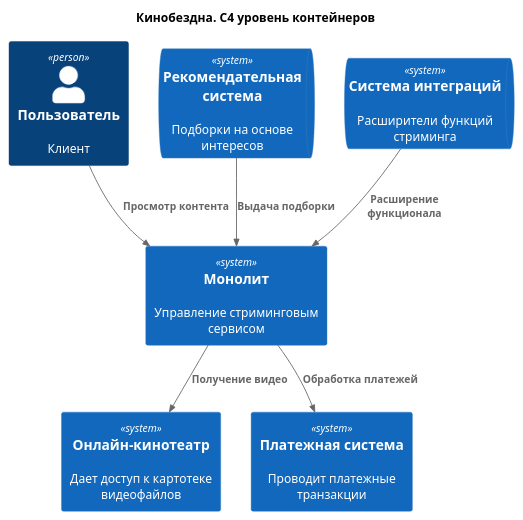
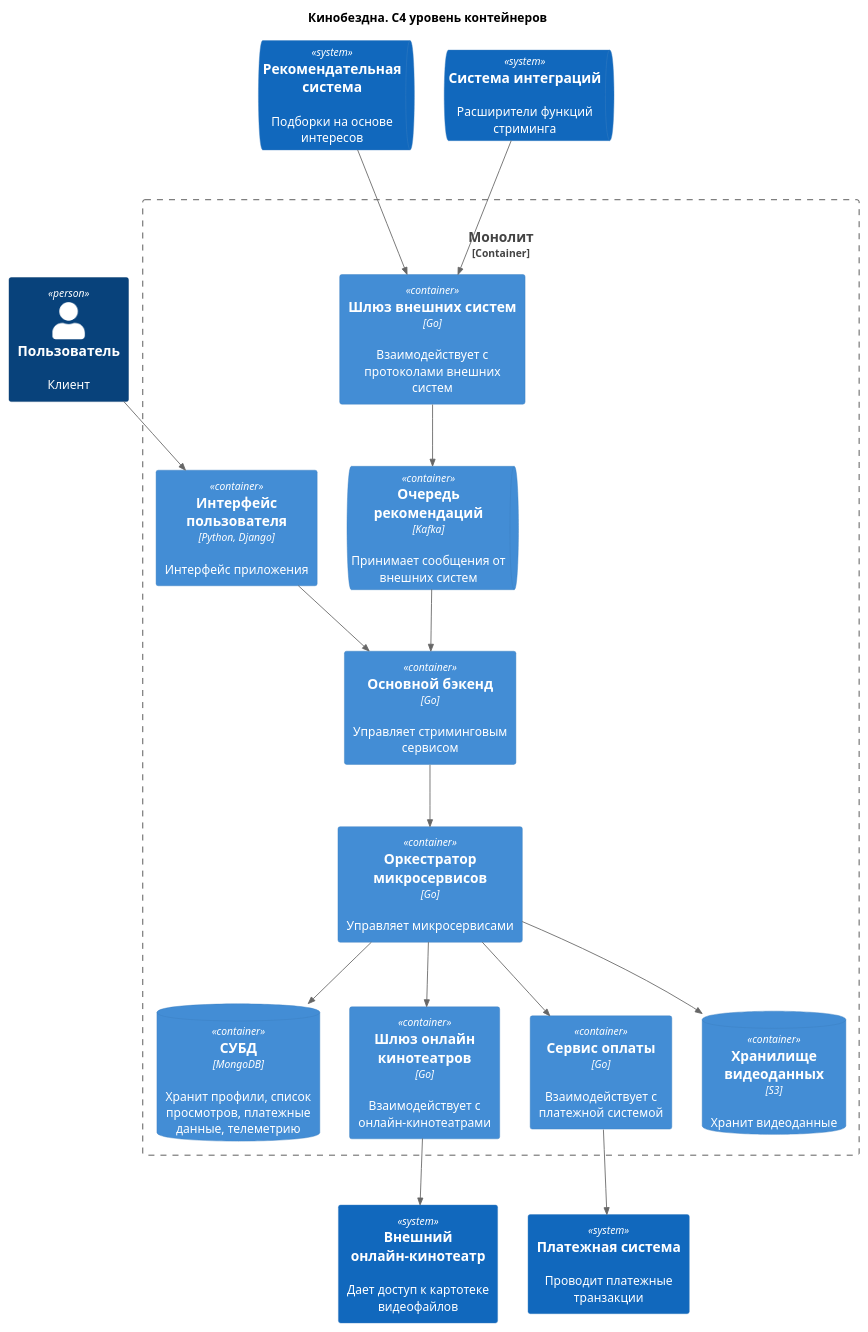
The diagram in 1_task/c4_container.puml (realjungleman/architecture-cinemaabyss), drawn with PlantUML before and after one commit. The commit also changed 4 other files, not shown here.

```diff
--- a/1_task/c4_container.puml
+++ b/1_task/c4_container.puml
@@ -1,21 +1,40 @@
 @startuml
 title Кинобездна. С4 уровень контейнеров
 
 top to bottom direction
 
 !includeurl https://raw.githubusercontent.com/RicardoNiepel/C4-PlantUML/master/C4_Component.puml
 
 Person(user, "Пользователь", "Клиент")
 
-System(MainSystem, "Монолит", "Управление стриминговым сервисом")
+Container_Boundary(MainSystem, "Монолит", "Управление стриминговым сервисом"){
+    Container(Orchestrator, "Оркестратор микросервисов", "Go", "Управляет микросервисами")
+    ContainerDb(Database, "СУБД", "MongoDB", "Хранит профили, список просмотров, платежные данные, телеметрию")
+    ContainerQueue(RecommendationSystemQueue, "Очередь рекомендаций", "Kafka", "Принимает сообщения от внешних систем")
+    Container(ExternalGate, "Шлюз внешних систем", "Go", "Взаимодействует с протоколами внешних систем")
+    Container(OnlineCinemaGate, "Шлюз онлайн кинотеатров", "Go", "Взаимодействует с онлайн-кинотеатрами")
+    Container(MainSystemBack, "Основной бэкенд", "Go", "Управляет стриминговым сервисом")
+    Container(App, "Интерфейс пользователя", "Python, Django", "Интерфейс приложения")
+    Container(PaymentSystemGate, "Сервис оплаты", "Go", "Взаимодействует с платежной системой")
+    ContainerDb(S3, "Хранилище видеоданных", "S3", "Хранит видеоданные")
+}
 SystemQueue(RecommendationSystem, "Рекомендательная система", "Подборки на основе интересов")
 SystemQueue(ExternalSystem, "Система интеграций", "Расширители функций стриминга")
-System(OnlineCinema, "Онлайн-кинотеатр", "Дает доступ к картотеке видеофайлов")
+System(OnlineCinema, "Внешний онлайн-кинотеатр", "Дает доступ к картотеке видеофайлов")
 System(PaymentSystem, "Платежная система", "Проводит платежные транзакции")
 
-Rel(user, MainSystem, "Просмотр контента")
-Rel(RecommendationSystem, MainSystem, "Выдача подборки")
-Rel(ExternalSystem, MainSystem, "Расширение функционала")
-Rel(MainSystem, OnlineCinema, "Получение видео")
-Rel(MainSystem, PaymentSystem, "Обработка платежей")
+Rel(user, App, "")
+Rel(App, MainSystemBack, "")
+Rel(MainSystemBack, Orchestrator, "")
+Rel(Orchestrator, Database, "")
+Rel(Orchestrator, OnlineCinemaGate, "")
+Rel(Orchestrator, PaymentSystemGate, "")
+Rel(Orchestrator, S3, "")
+
+Rel(ExternalGate, RecommendationSystemQueue, "")
+Rel(RecommendationSystemQueue, MainSystemBack, "")
+Rel(RecommendationSystem, ExternalGate, "")
+Rel(ExternalSystem, ExternalGate, "")
+Rel(OnlineCinemaGate, OnlineCinema, "")
+Rel(PaymentSystemGate, PaymentSystem, "")
 @enduml
```
